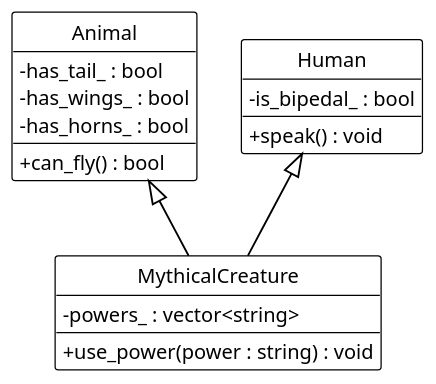
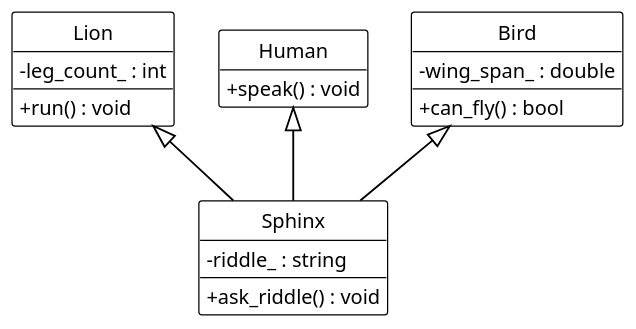
The diagram in project/week9/uml/multiple_inheritance.plantuml (zeidk/enpm702-fall-2026-cpp), drawn with PlantUML before and after one commit. The commit also changed 10 other files, not shown here.

```diff
--- a/project/week9/uml/multiple_inheritance.plantuml
+++ b/project/week9/uml/multiple_inheritance.plantuml
@@ -1,28 +1,30 @@
 @startuml multiple_inheritance
 ' Generated for the slides.
 !theme mono
 skinparam backgroundColor white
 skinparam defaultFontName "Fira Sans"
 skinparam defaultFontSize 16
 skinparam shadowing false
 skinparam classAttributeIconSize 0
 skinparam ArrowThickness 1.5
 hide circle
 hide empty attributes
-class Animal {
-  - has_tail_ : bool
-  - has_wings_ : bool
-  - has_horns_ : bool
+class Lion {
+  - leg_count_ : int
+  + run() : void
+}
+class Human {
+  + speak() : void
+}
+class Bird {
+  - wing_span_ : double
   + can_fly() : bool
 }
-class Human {
-  - is_bipedal_ : bool
-  + speak() : void
+class Sphinx {
+  - riddle_ : string
+  + ask_riddle() : void
 }
-class MythicalCreature {
-  - powers_ : vector<string>
-  + use_power(power : string) : void
-}
-Animal <|-- MythicalCreature
-Human <|-- MythicalCreature
+Lion <|-- Sphinx
+Human <|-- Sphinx
+Bird <|-- Sphinx
 @enduml
```
